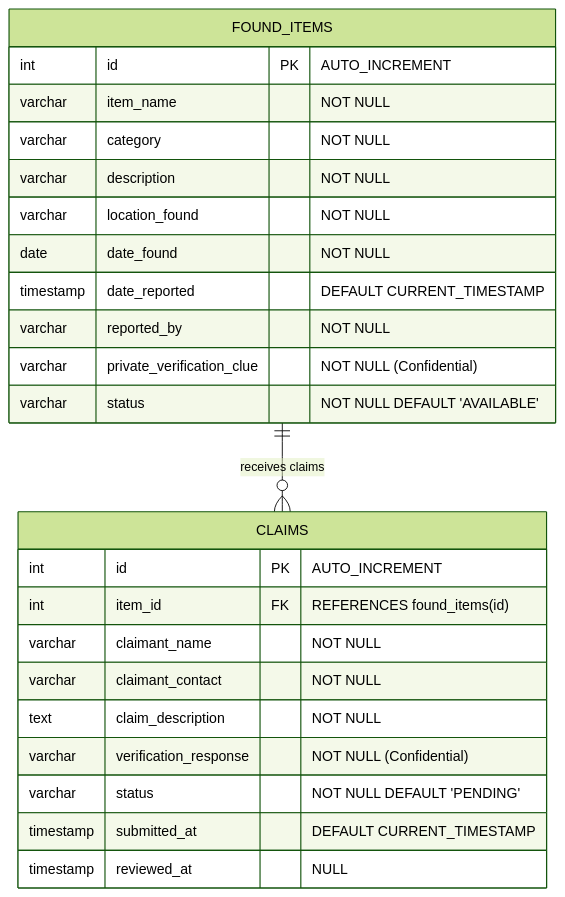
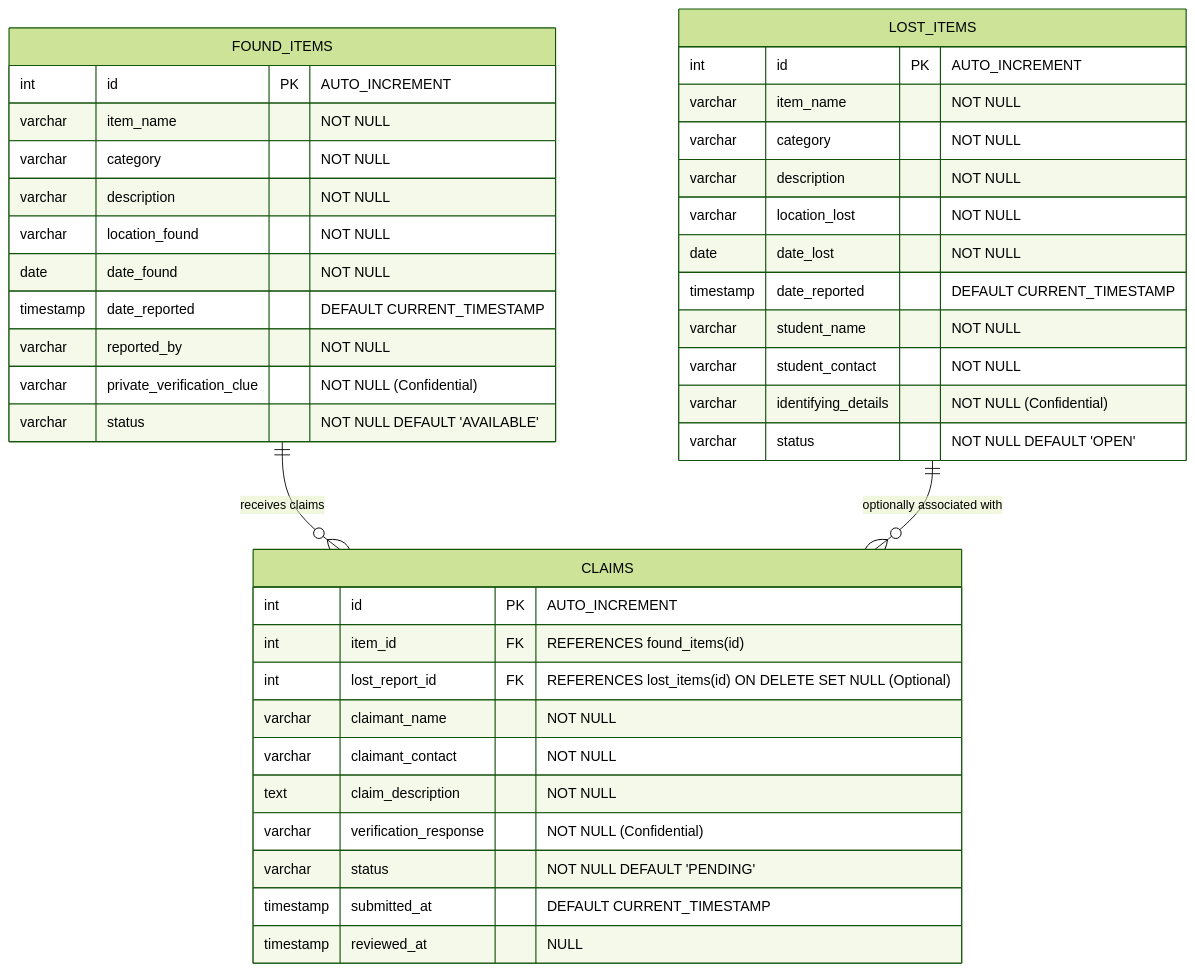
The diagram in docs/DATABASE.md (789deepa/campusFind), drawn with Mermaid (forest theme) before and after one commit. The commit also changed other lines of this file and 33 other files, not shown here.

Commit message:
Add lost item reporting and matching

````diff
--- a/docs/DATABASE.md
+++ b/docs/DATABASE.md
@@ -9,27 +9,45 @@
 ```mermaid
 erDiagram
     FOUND_ITEMS ||--o{ CLAIMS : "receives claims"
+    LOST_ITEMS ||--o{ CLAIMS : "optionally associated with"
+
     FOUND_ITEMS {
         int id PK "AUTO_INCREMENT"
         varchar item_name "NOT NULL"
         varchar category "NOT NULL"
         varchar description "NOT NULL"
         varchar location_found "NOT NULL"
         date date_found "NOT NULL"
         timestamp date_reported "DEFAULT CURRENT_TIMESTAMP"
         varchar reported_by "NOT NULL"
         varchar private_verification_clue "NOT NULL (Confidential)"
         varchar status "NOT NULL DEFAULT 'AVAILABLE'"
     }
+
+    LOST_ITEMS {
+        int id PK "AUTO_INCREMENT"
+        varchar item_name "NOT NULL"
+        varchar category "NOT NULL"
+        varchar description "NOT NULL"
+        varchar location_lost "NOT NULL"
+        date date_lost "NOT NULL"
+        timestamp date_reported "DEFAULT CURRENT_TIMESTAMP"
+        varchar student_name "NOT NULL"
+        varchar student_contact "NOT NULL"
+        varchar identifying_details "NOT NULL (Confidential)"
+        varchar status "NOT NULL DEFAULT 'OPEN'"
+    }
+
     CLAIMS {
         int id PK "AUTO_INCREMENT"
         int item_id FK "REFERENCES found_items(id)"
+        int lost_report_id FK "REFERENCES lost_items(id) ON DELETE SET NULL (Optional)"
         varchar claimant_name "NOT NULL"
         varchar claimant_contact "NOT NULL"
         text claim_description "NOT NULL"
         varchar verification_response "NOT NULL (Confidential)"
         varchar status "NOT NULL DEFAULT 'PENDING'"
         timestamp submitted_at "DEFAULT CURRENT_TIMESTAMP"
         timestamp reviewed_at "NULL"
     }
 ```
````
